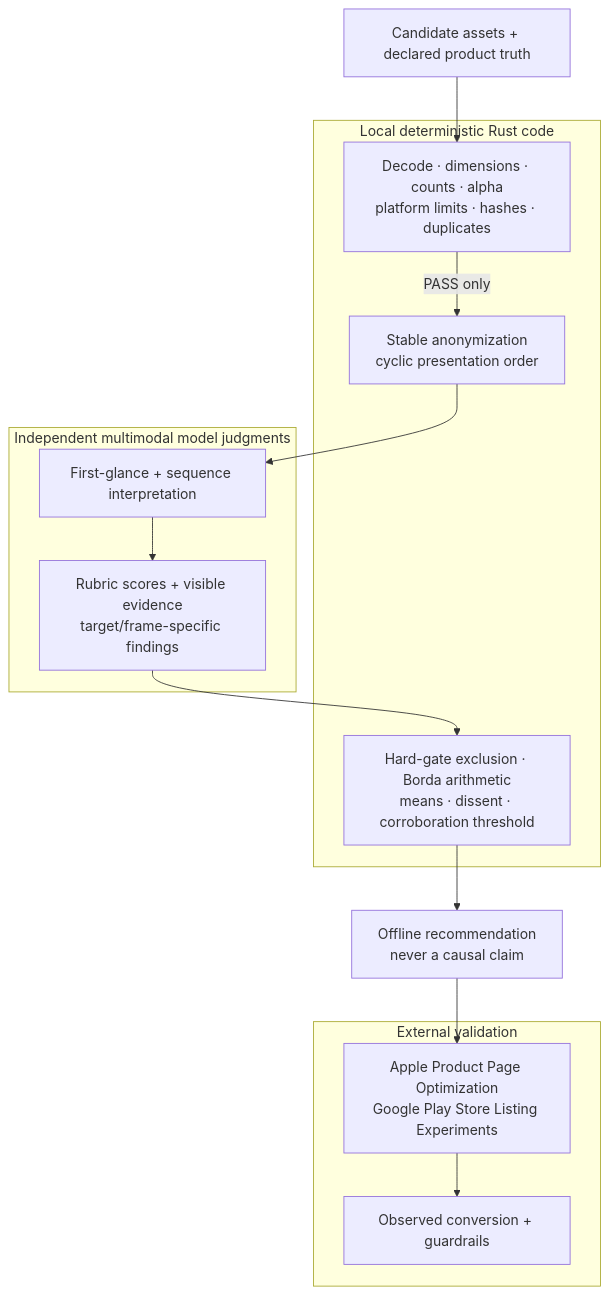
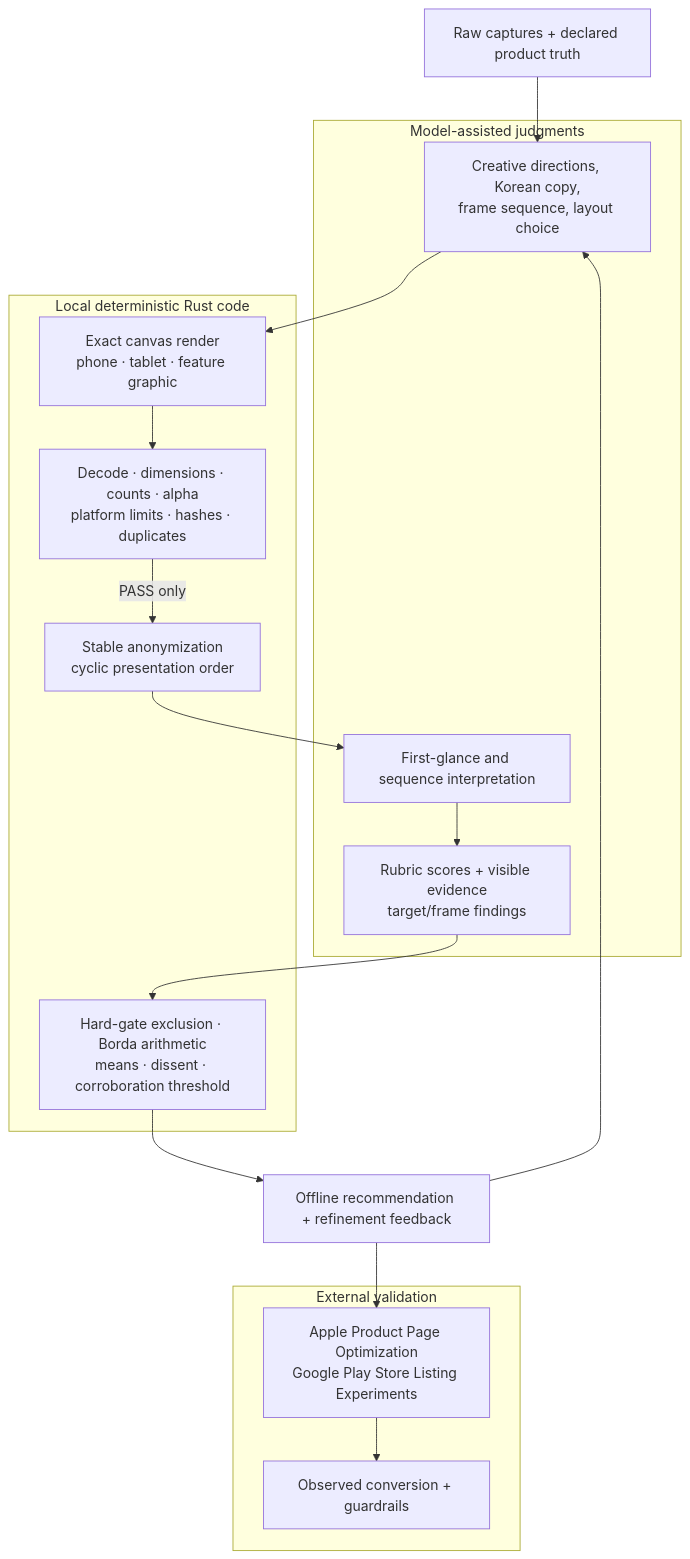
Before and after one commit to Loop-Suite/store-creative-loop: the second of 3 diagrams in README.md, drawn with Mermaid. The commit also changed other lines of this file and 6 other files, not shown here.

````diff
--- a/README.md
+++ b/README.md
@@ -28,29 +31,28 @@
 ```mermaid
 flowchart TB
-    Input["Candidate assets + declared product truth"]
+    Input["Raw captures + declared product truth"]
+
+    subgraph Models["Model-assisted judgments"]
+        Plan["Creative directions, Korean copy,<br/>frame sequence, layout choice"]
+        Read["First-glance and sequence interpretation"]
+        Score["Rubric scores + visible evidence<br/>target/frame findings"]
+    end
 
     subgraph Code["Local deterministic Rust code"]
+        Render["Exact canvas render<br/>phone · tablet · feature graphic"]
         Gate["Decode · dimensions · counts · alpha<br/>platform limits · hashes · duplicates"]
         Blind["Stable anonymization<br/>cyclic presentation order"]
         Quant["Hard-gate exclusion · Borda arithmetic<br/>means · dissent · corroboration threshold"]
-    end
-
-    subgraph Models["Independent multimodal model judgments"]
-        Read["First-glance + sequence interpretation"]
-        Score["Rubric scores + visible evidence<br/>target/frame-specific findings"]
     end
 
     subgraph Market["External validation"]
         Test["Apple Product Page Optimization<br/>Google Play Store Listing Experiments"]
         Evidence["Observed conversion + guardrails"]
     end
 
-    Input --> Gate
-    Gate -->|"PASS only"| Blind
-    Blind --> Read
-    Read --> Score
-    Score --> Quant
-    Quant --> Offline["Offline recommendation<br/>never a causal claim"]
-    Offline --> Test
-    Test --> Evidence
+    Input --> Plan --> Render --> Gate
+    Gate -->|"PASS only"| Blind --> Read --> Score --> Quant
+    Quant --> Offline["Offline recommendation + refinement feedback"]
+    Offline --> Plan
+    Offline --> Test --> Evidence
 ```
````
